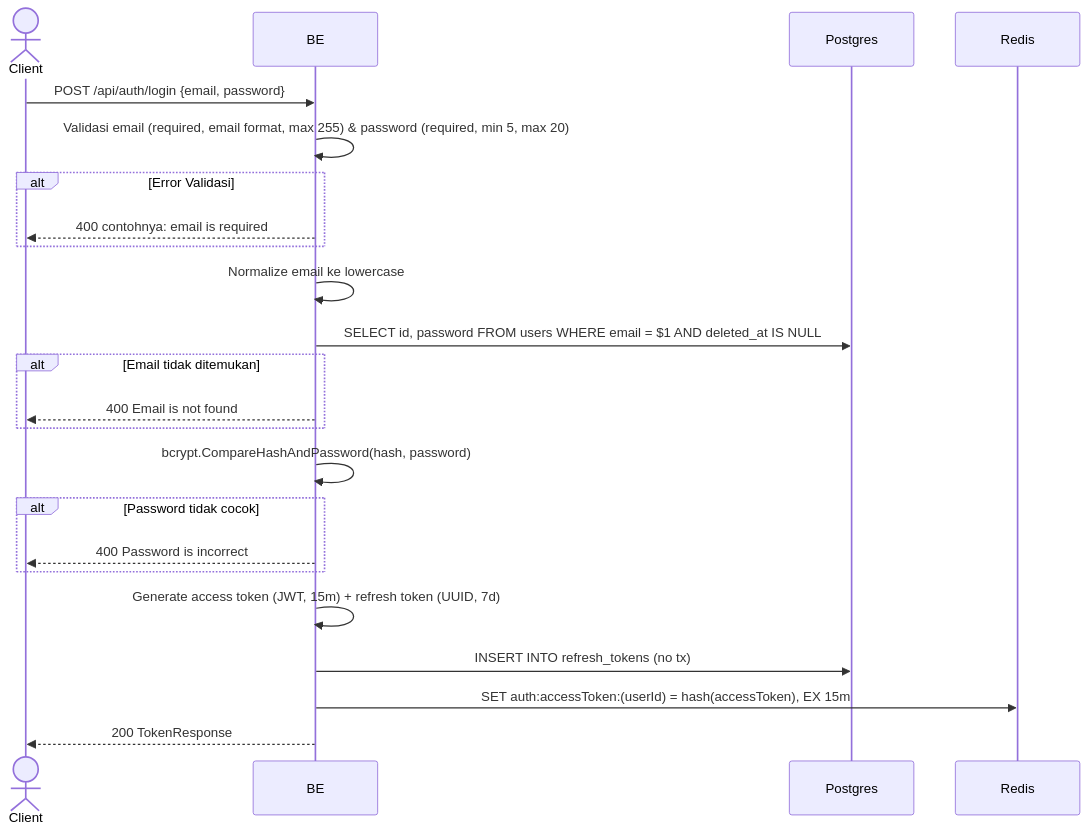
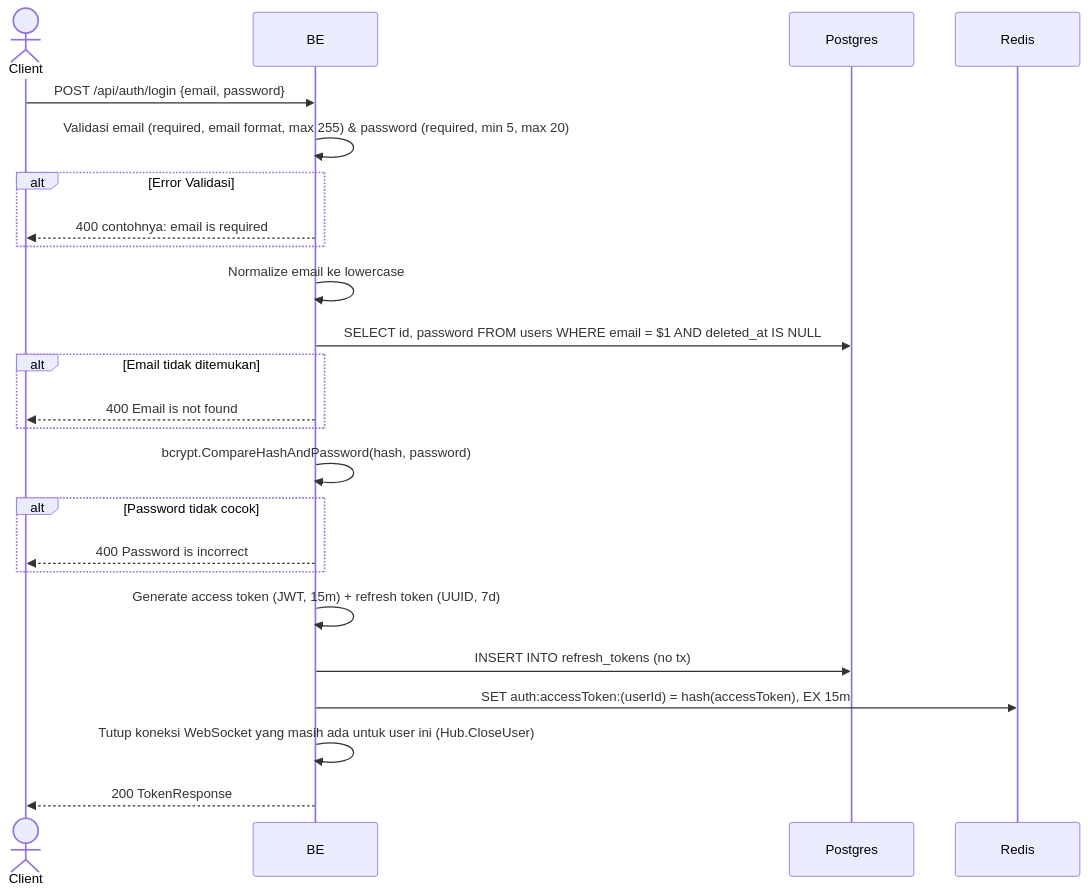
The diagram in docs/flows/id/login.md (ferdian3456/virdanproject), drawn with Mermaid before and after one commit. The commit also changed other lines of this file and 67 other files, not shown here.

First line of the commit message:
Audit and fix API flow docs; add missing Payment/Chat documentation (#42)

````diff
--- a/docs/flows/id/login.md
+++ b/docs/flows/id/login.md
@@ -13,26 +13,27 @@
 ```mermaid
 sequenceDiagram
     actor Client
     participant BE
     participant Postgres
     participant Redis
 
     Client->>BE: POST /api/auth/login {email, password}
     BE->>BE: Validasi email (required, email format, max 255) & password (required, min 5, max 20)
     alt Error Validasi
         BE-->>Client: 400 contohnya: email is required
     end
     BE->>BE: Normalize email ke lowercase
     BE->>Postgres: SELECT id, password FROM users WHERE email = $1 AND deleted_at IS NULL
     alt Email tidak ditemukan
         BE-->>Client: 400 Email is not found
     end
     BE->>BE: bcrypt.CompareHashAndPassword(hash, password)
     alt Password tidak cocok
         BE-->>Client: 400 Password is incorrect
     end
     BE->>BE: Generate access token (JWT, 15m) + refresh token (UUID, 7d)
     BE->>Postgres: INSERT INTO refresh_tokens (no tx)
     BE->>Redis: SET auth:accessToken:(userId) = hash(accessToken), EX 15m
+    BE->>BE: Tutup koneksi WebSocket yang masih ada untuk user ini (Hub.CloseUser)
     BE-->>Client: 200 TokenResponse
 ```
````
